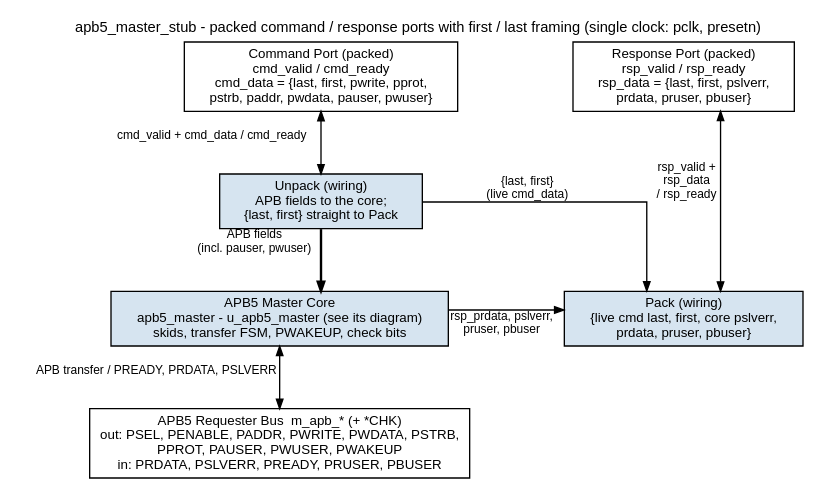
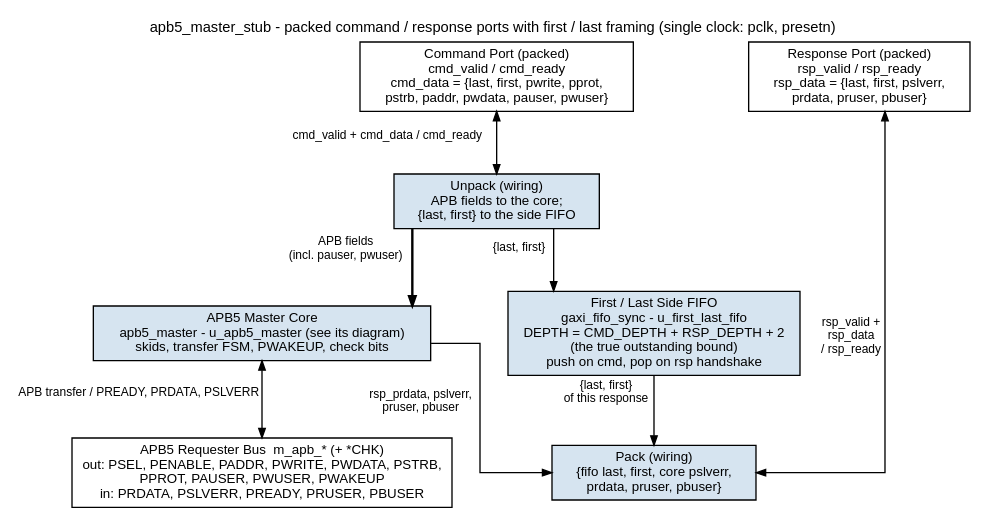
Before and after one commit to sean-galloway/RTLDesignSherpa: the diagram in docs/markdown/assets/rtl-amba/graphviz/apb5_master_stub.dot, drawn with Graphviz. The commit also changed 6 other files, not shown here.

First line of the commit message:
fix(apb5): master stub response framing from a side FIFO (Fixes #111)

```diff
--- a/docs/markdown/assets/rtl-amba/graphviz/apb5_master_stub.dot
+++ b/docs/markdown/assets/rtl-amba/graphviz/apb5_master_stub.dot
@@ -1,36 +1,38 @@
 // apb5_master_stub block diagram - house style (vault/handbook/authoring/block-diagrams.md).
 // Packed-port wrapper: the base apb5_master is ONE child box (own diagram).
-// Unlike apb4_master_stub there is NO framing side FIFO: Pack takes {last,
-// first} from the cmd_data presented at that moment (drawn as it is).
+// The {last, first} framing side FIFO (issue #111, ported from
+// apb4_master_stub TASK-067) pairs each response with its own command's framing.
 // Source of truth: rtl/amba/apb5/apb5_master_stub.sv.
 digraph apb5_master_stub {
     graph [rankdir=TB, bgcolor="white", fontname="Helvetica", fontsize=11,
            nodesep="0.40", ranksep="0.65", splines=ortho, newrank=true,
            label="apb5_master_stub - packed command / response ports with first / last framing (single clock: pclk, presetn)",
            labelloc=t, labeljust=c];
     node  [fontname="Helvetica", fontsize=10, shape=box, style=filled,
            fillcolor="#D6E4F0", color="black", margin="0.12,0.06"];
     edge  [fontname="Helvetica", fontsize=9, color="black", arrowsize=0.7];
 
     cmd_port [label="Command Port (packed)\ncmd_valid / cmd_ready\ncmd_data = {last, first, pwrite, pprot,\npstrb, paddr, pwdata, pauser, pwuser}", fillcolor="white"];
     rsp_port [label="Response Port (packed)\nrsp_valid / rsp_ready\nrsp_data = {last, first, pslverr,\nprdata, pruser, pbuser}", fillcolor="white"];
 
-    unpk [label="Unpack (wiring)\nAPB fields to the core;\n{last, first} straight to Pack"];
+    unpk [label="Unpack (wiring)\nAPB fields to the core;\n{last, first} to the side FIFO"];
+    flq  [label="First / Last Side FIFO\ngaxi_fifo_sync - u_first_last_fifo\nDEPTH = CMD_DEPTH + RSP_DEPTH + 2\n(the true outstanding bound)\npush on cmd, pop on rsp handshake"];
     core [label="APB5 Master Core\napb5_master - u_apb5_master (see its diagram)\nskids, transfer FSM, PWAKEUP, check bits"];
-    pack [label="Pack (wiring)\n{live cmd last, first, core pslverr,\nprdata, pruser, pbuser}"];
+    pack [label="Pack (wiring)\n{fifo last, first, core pslverr,\nprdata, pruser, pbuser}"];
 
     bus [label="APB5 Requester Bus  m_apb_* (+ *CHK)\nout: PSEL, PENABLE, PADDR, PWRITE, PWDATA, PSTRB,\nPPROT, PAUSER, PWUSER, PWAKEUP\nin: PRDATA, PSLVERR, PREADY, PRUSER, PBUSER",
          fillcolor="white"];
 
     cmd_port -> unpk [dir=both, xlabel="cmd_valid + cmd_data / cmd_ready"];
     unpk -> core [penwidth=1.8, xlabel="APB fields\n(incl. pauser, pwuser)"];
-    unpk -> pack [xlabel="{last, first}\n(live cmd_data)"];
+    unpk -> flq [xlabel="{last, first}"];
+    flq -> pack [xlabel="{last, first}\nof this response"];
     core -> bus [dir=both, xlabel="APB transfer / PREADY, PRDATA, PSLVERR"];
     core -> pack [xlabel="rsp_prdata, pslverr,\npruser, pbuser"];
     rsp_port -> pack [dir=both, xlabel="rsp_valid +\nrsp_data\n/ rsp_ready"];
 
     { rank=same; cmd_port; rsp_port; }
-    { rank=same; core; pack; }
+    { rank=same; core; flq; }
     cmd_port -> rsp_port [style=invis, minlen=3];
-    core -> pack [style=invis, minlen=3];
+    core -> flq [style=invis, minlen=2];
 }
```
